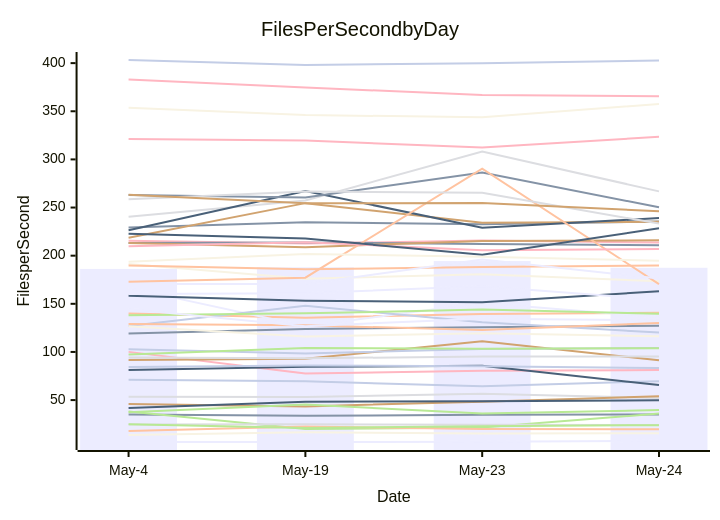
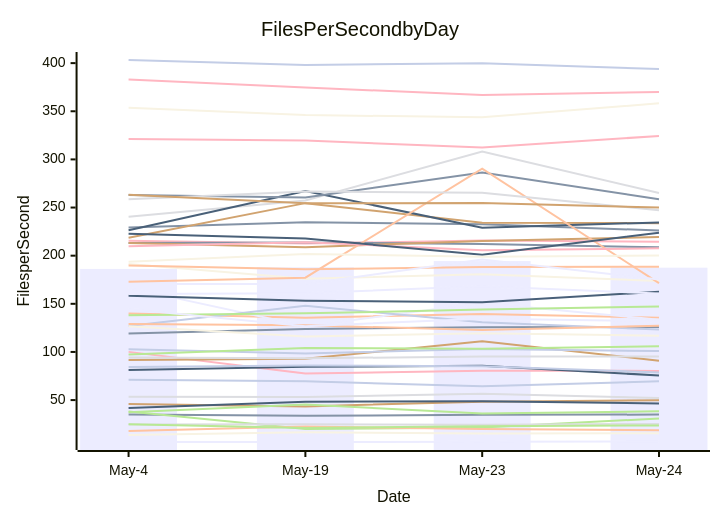
One commit to streetsidesoftware/cspell changed the diagram in perf-report.md. Above: the diagram before and after it, drawn with Mermaid. The commit also changed other lines of this file and 2 other files, not shown here.

````diff
--- a/perf-report.md
+++ b/perf-report.md
@@ -11,57 +11,57 @@
 ```mermaid
 xychart-beta
     title Files Per Second by Day
     y-axis Files per Second
     x-axis Date [May-4, May-19, May-23, May-24]
-    bar [186.25, 187.94, 194.38, 187.43]
-    line [35.07, 33.61, 34.69, 35.07]
-    line [140.01, 135.42, 139.50, 140.81]
-    line [53.38, 53.17, 56.48, 52.17]
-    line [38.18, 20.00, 21.53, 36.00]
-    line [46.04, 43.44, 48.37, 53.95]
-    line [71.11, 69.47, 64.25, 69.68]
-    line [100.08, 77.54, 80.59, 81.19]
-    line [81.26, 84.52, 85.73, 65.58]
-    line [191.37, 176.15, 180.59, 173.51]
-    line [166.55, 126.61, 150.87, 136.09]
-    line [119.17, 123.77, 125.73, 127.32]
-    line [17.95, 22.53, 19.87, 19.75]
-    line [24.56, 24.84, 24.48, 24.06]
-    line [24.93, 21.05, 22.73, 23.96]
-    line [91.75, 92.82, 111.10, 91.35]
-    line [102.79, 98.35, 102.96, 104.18]
-    line [382.99, 374.77, 366.83, 365.63]
-    line [158.32, 153.28, 151.73, 163.01]
-    line [13.72, 16.48, 15.39, 15.43]
-    line [6.46, 6.48, 6.70, 7.63]
-    line [229.32, 234.71, 232.57, 235.54]
-    line [189.78, 185.86, 188.16, 189.92]
-    line [240.52, 257.39, 308.24, 266.81]
-    line [37.38, 45.35, 36.07, 39.62]
-    line [218.55, 254.57, 234.26, 235.25]
-    line [127.00, 147.92, 130.77, 120.14]
-    line [215.39, 212.55, 215.84, 213.57]
-    line [226.51, 267.13, 229.05, 239.01]
-    line [353.58, 346.15, 343.69, 357.62]
-    line [160.29, 160.94, 168.26, 154.40]
-    line [213.17, 213.72, 212.23, 210.77]
-    line [129.13, 127.71, 122.71, 130.01]
-    line [94.12, 93.35, 95.34, 95.31]
-    line [138.03, 140.07, 144.01, 139.76]
-    line [213.15, 208.87, 215.23, 215.92]
-    line [84.38, 85.95, 85.08, 83.30]
-    line [321.24, 319.57, 312.48, 323.46]
-    line [41.81, 48.29, 48.86, 49.82]
-    line [126.81, 116.06, 119.43, 116.29]
-    line [144.52, 126.78, 134.48, 132.87]
-    line [263.11, 260.36, 286.42, 250.28]
-    line [172.93, 177.15, 290.28, 170.47]
-    line [258.73, 266.74, 265.26, 233.36]
-    line [97.37, 104.19, 103.43, 103.91]
-    line [263.28, 254.35, 254.61, 246.24]
-    line [403.25, 398.12, 399.78, 402.71]
-    line [209.84, 213.89, 205.67, 206.90]
-    line [222.86, 217.73, 200.96, 228.42]
-    line [193.68, 201.86, 198.76, 194.78]
-    line [170.59, 170.67, 195.94, 176.19]
+    bar [186.25, 187.94, 194.38, 187.53]
+    line [35.07, 33.61, 34.69, 34.94]
+    line [140.01, 135.42, 139.50, 135.65]
+    line [53.38, 53.17, 56.48, 52.20]
+    line [38.18, 20.00, 21.53, 30.85]
+    line [46.04, 43.44, 48.37, 49.79]
+    line [71.11, 69.47, 64.25, 69.53]
+    line [100.08, 77.54, 80.59, 80.29]
+    line [81.26, 84.52, 85.73, 75.59]
+    line [191.37, 176.15, 180.59, 173.73]
+    line [166.55, 126.61, 150.87, 133.44]
+    line [119.17, 123.77, 125.73, 125.94]
+    line [17.95, 22.53, 19.87, 18.72]
+    line [24.56, 24.84, 24.48, 25.27]
+    line [24.93, 21.05, 22.73, 23.64]
+    line [91.75, 92.82, 111.10, 90.94]
+    line [102.79, 98.35, 102.96, 100.96]
+    line [382.99, 374.77, 366.83, 370.08]
+    line [158.32, 153.28, 151.73, 162.52]
+    line [13.72, 16.48, 15.39, 15.58]
+    line [6.46, 6.48, 6.70, 7.10]
+    line [229.32, 234.71, 232.57, 226.13]
+    line [189.78, 185.86, 188.16, 188.58]
+    line [240.52, 257.39, 308.24, 265.00]
+    line [37.38, 45.35, 36.07, 38.42]
+    line [218.55, 254.57, 234.26, 233.79]
+    line [127.00, 147.92, 130.77, 123.22]
+    line [215.39, 212.55, 215.84, 214.38]
+    line [226.51, 267.13, 229.05, 234.58]
+    line [353.58, 346.15, 343.69, 358.26]
+    line [160.29, 160.94, 168.26, 160.60]
+    line [213.17, 213.72, 212.23, 208.69]
+    line [129.13, 127.71, 122.71, 127.15]
+    line [94.12, 93.35, 95.34, 95.32]
+    line [138.03, 140.07, 144.01, 147.15]
+    line [213.15, 208.87, 215.23, 219.43]
+    line [84.38, 85.95, 85.08, 78.77]
+    line [321.24, 319.57, 312.48, 324.31]
+    line [41.81, 48.29, 48.86, 46.46]
+    line [126.81, 116.06, 119.43, 116.84]
+    line [144.52, 126.78, 134.48, 131.99]
+    line [263.11, 260.36, 286.42, 258.60]
+    line [172.93, 177.15, 290.28, 171.42]
+    line [258.73, 266.74, 265.26, 247.18]
+    line [97.37, 104.19, 103.43, 105.92]
+    line [263.28, 254.35, 254.61, 250.00]
+    line [403.25, 398.12, 399.78, 393.93]
+    line [209.84, 213.89, 205.67, 207.63]
+    line [222.86, 217.73, 200.96, 223.84]
+    line [193.68, 201.86, 198.76, 200.08]
+    line [170.59, 170.67, 195.94, 175.36]
 ```
````
